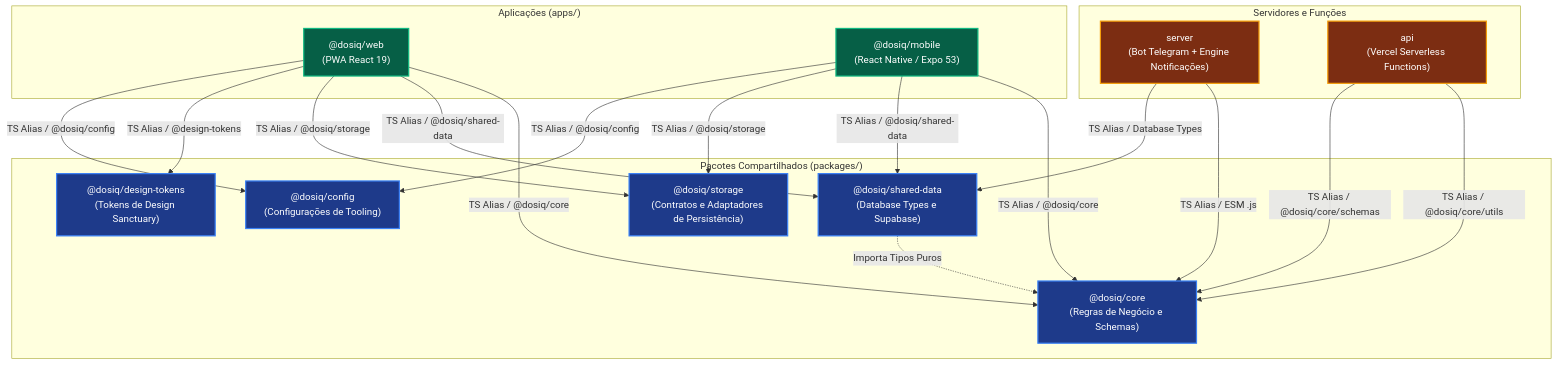
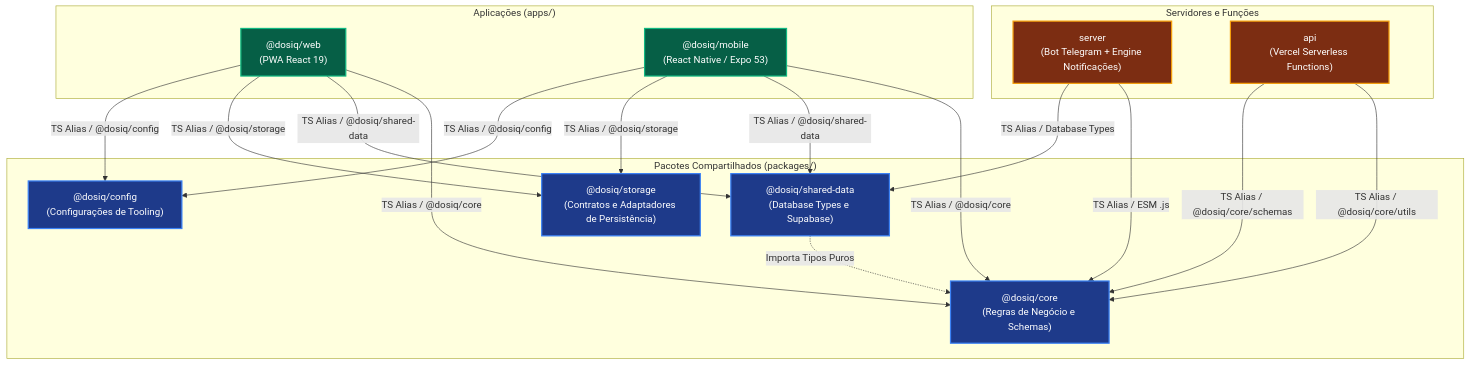
One commit to coelhotv/dosiq changed the first of 4 diagrams in docs/architecture/DEPENDENCY_GRAPH.md. Above: the diagram before and after it, drawn with Mermaid. The commit also changed other lines of this file and 57 other files, not shown here.

````diff
--- a/docs/architecture/DEPENDENCY_GRAPH.md
+++ b/docs/architecture/DEPENDENCY_GRAPH.md
@@ -50,52 +50,50 @@
 ```mermaid
 graph TD
     %% Definicao dos Nos
     subgraph APPS["Aplicações (apps/)"]
         WEB["@dosiq/web<br/>(PWA React 19)"]
         MOBILE["@dosiq/mobile<br/>(React Native / Expo 53)"]
     end
 
     subgraph SERVERLESS["Servidores e Funções"]
         SERVER["server<br/>(Bot Telegram + Engine Notificações)"]
         API["api<br/>(Vercel Serverless Functions)"]
     end
 
     subgraph PACKAGES["Pacotes Compartilhados (packages/)"]
         CORE["@dosiq/core<br/>(Regras de Negócio e Schemas)"]
         SHARED_DATA["@dosiq/shared-data<br/>(Database Types e Supabase)"]
         STORAGE["@dosiq/storage<br/>(Contratos e Adaptadores de Persistência)"]
-        TOKENS["@dosiq/design-tokens<br/>(Tokens de Design Sanctuary)"]
         CONFIG["@dosiq/config<br/>(Configurações de Tooling)"]
     end
 
     %% Conexoes de Apps
     WEB -->|TS Alias / @dosiq/core| CORE
     WEB -->|TS Alias / @dosiq/shared-data| SHARED_DATA
     WEB -->|TS Alias / @dosiq/storage| STORAGE
-    WEB -->|TS Alias / @design-tokens| TOKENS
     WEB -->|TS Alias / @dosiq/config| CONFIG
 
     MOBILE -->|TS Alias / @dosiq/core| CORE
     MOBILE -->|TS Alias / @dosiq/shared-data| SHARED_DATA
     MOBILE -->|TS Alias / @dosiq/storage| STORAGE
     MOBILE -->|TS Alias / @dosiq/config| CONFIG
 
     %% Conexoes do Backend
     SERVER -->|TS Alias / ESM .js| CORE
     SERVER -->|TS Alias / Database Types| SHARED_DATA
 
     API -->|TS Alias / @dosiq/core/utils| CORE
     API -->|TS Alias / @dosiq/core/schemas| CORE
 
     %% Conexoes entre Pacotes
     SHARED_DATA -.->|Importa Tipos Puros| CORE
 
     %% Estilizacao de Cores
     classDef appNode fill:#065f46,stroke:#10b981,color:#ffffff,stroke-width:2px;
     classDef serverNode fill:#7c2d12,stroke:#f59e0b,color:#ffffff,stroke-width:2px;
     classDef pkgNode fill:#1e3a8a,stroke:#3b82f6,color:#ffffff,stroke-width:2px;
 
     class WEB,MOBILE appNode;
     class SERVER,API serverNode;
-    class CORE,SHARED_DATA,STORAGE,TOKENS,CONFIG pkgNode;
+    class CORE,SHARED_DATA,STORAGE,CONFIG pkgNode;
 ```
````
